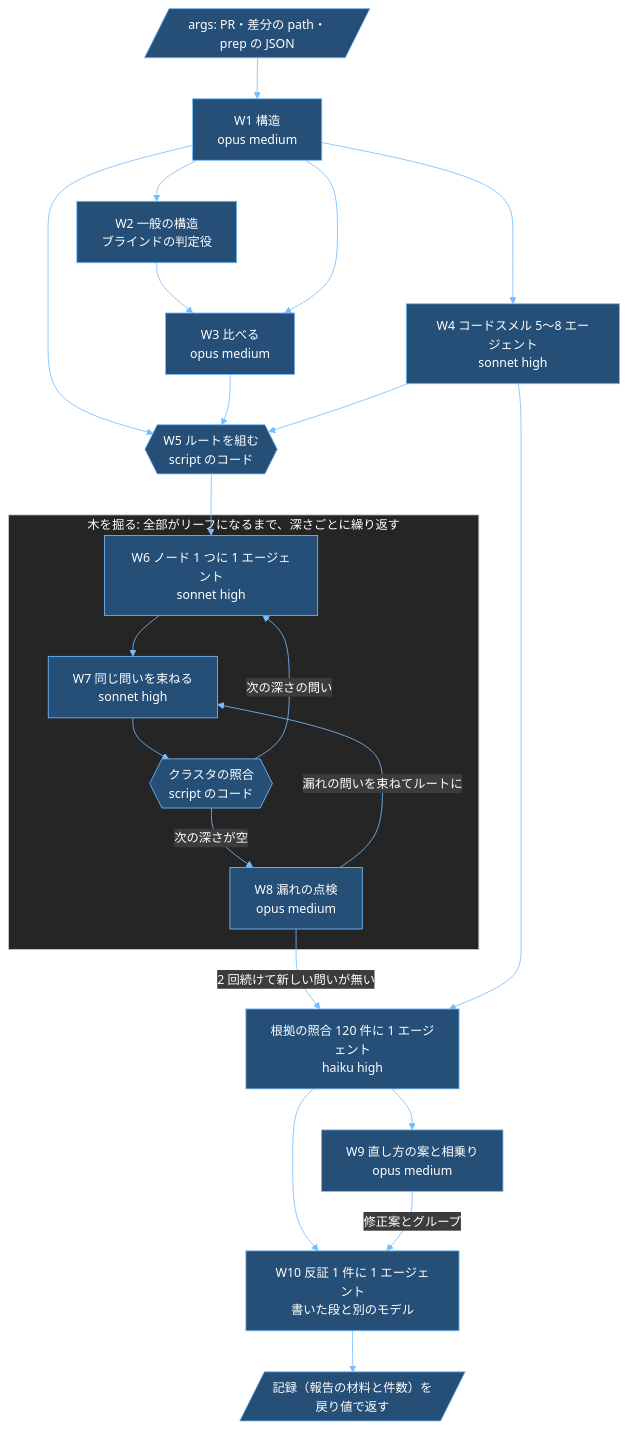
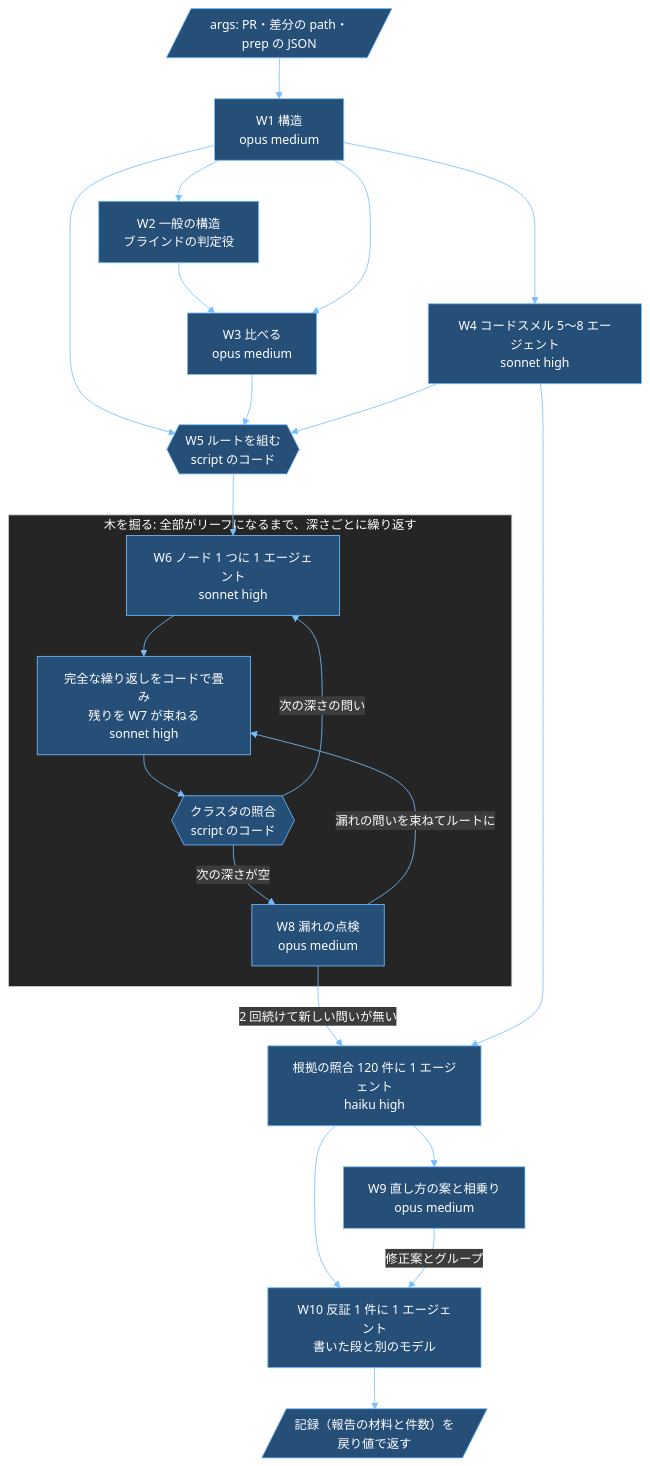
Before and after one commit to raiki61/claude-plugins: the second of 6 diagrams in attention/docs/my-turn-workflow-design.md, drawn with Mermaid. The commit also changed other lines of this file and 4 other files, not shown here.

````diff
--- a/attention/docs/my-turn-workflow-design.md
+++ b/attention/docs/my-turn-workflow-design.md
@@ -331,24 +331,24 @@
 ```mermaid
 %%{init: {"theme":"base","themeVariables":{"darkMode":true,"background":"#1e1e1e","fontSize":"15px","primaryColor":"#264f78","primaryTextColor":"#ffffff","primaryBorderColor":"#75beff","secondaryColor":"#3a3d41","tertiaryColor":"#2d2d30","lineColor":"#75beff","textColor":"#f0f0f0","titleColor":"#ffffff","clusterBkg":"#252526","clusterBorder":"#c8c8c8","edgeLabelBackground":"#3c3c3c","nodeTextColor":"#ffffff","actorBkg":"#264f78","actorBorder":"#75beff","actorTextColor":"#ffffff","actorLineColor":"#c8c8c8","signalColor":"#75beff","signalTextColor":"#f0f0f0","noteBkgColor":"#5c4b00","noteTextColor":"#ffffff","noteBorderColor":"#d7ba7d","labelBoxBkgColor":"#264f78","labelTextColor":"#ffffff","loopTextColor":"#f0f0f0","sequenceNumberColor":"#ffffff"}}}%%
 flowchart TB
   A[/"args: PR・差分の path・prep の JSON"/] --> W1["W1 構造<br/>opus medium"]
   W1 --> W2["W2 一般の構造<br/>ブラインドの判定役"] --> W3["W3 比べる<br/>opus medium"]
   W1 --> W3
   W1 --> W5
   W1 --> W4["W4 コードスメル 5〜8 エージェント<br/>sonnet high"]
   W3 --> W5{{"W5 ルートを組む<br/>script のコード"}}
   W4 --> W5
   W5 --> W6
   subgraph DIG["木を掘る: 全部がリーフになるまで、深さごとに繰り返す"]
-    W6["W6 ノード 1 つに 1 エージェント<br/>sonnet high"] --> W7["W7 同じ問いを束ねる<br/>sonnet high"] --> CK{{"クラスタの照合<br/>script のコード"}}
+    W6["W6 ノード 1 つに 1 エージェント<br/>sonnet high"] --> W7["完全な繰り返しをコードで畳み<br/>残りを W7 が束ねる<br/>sonnet high"] --> CK{{"クラスタの照合<br/>script のコード"}}
     CK -->|次の深さの問い| W6
     CK -->|次の深さが空| W8["W8 漏れの点検<br/>opus medium"]
     W8 -->|漏れの問いを束ねてルートに| W7
   end
   W8 -->|2 回続けて新しい問いが無い| Q["根拠の照合 120 件に 1 エージェント<br/>haiku high"]
   W4 --> Q
   Q --> W9["W9 直し方の案と相乗り<br/>opus medium"]
   Q --> W10["W10 反証 1 件に 1 エージェント<br/>書いた段と別のモデル"]
   W9 -->|修正案とグループ| W10
   W10 --> OUT[/"記録（報告の材料と件数）を戻り値で返す"/]
 ```
````
